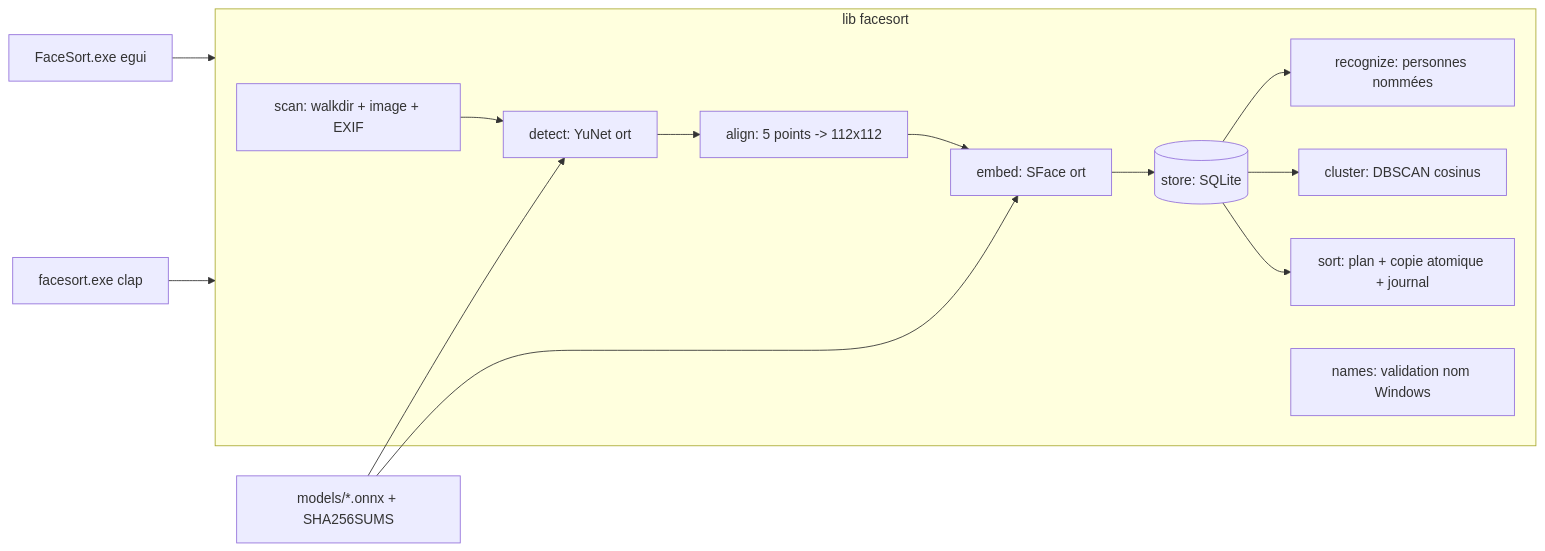
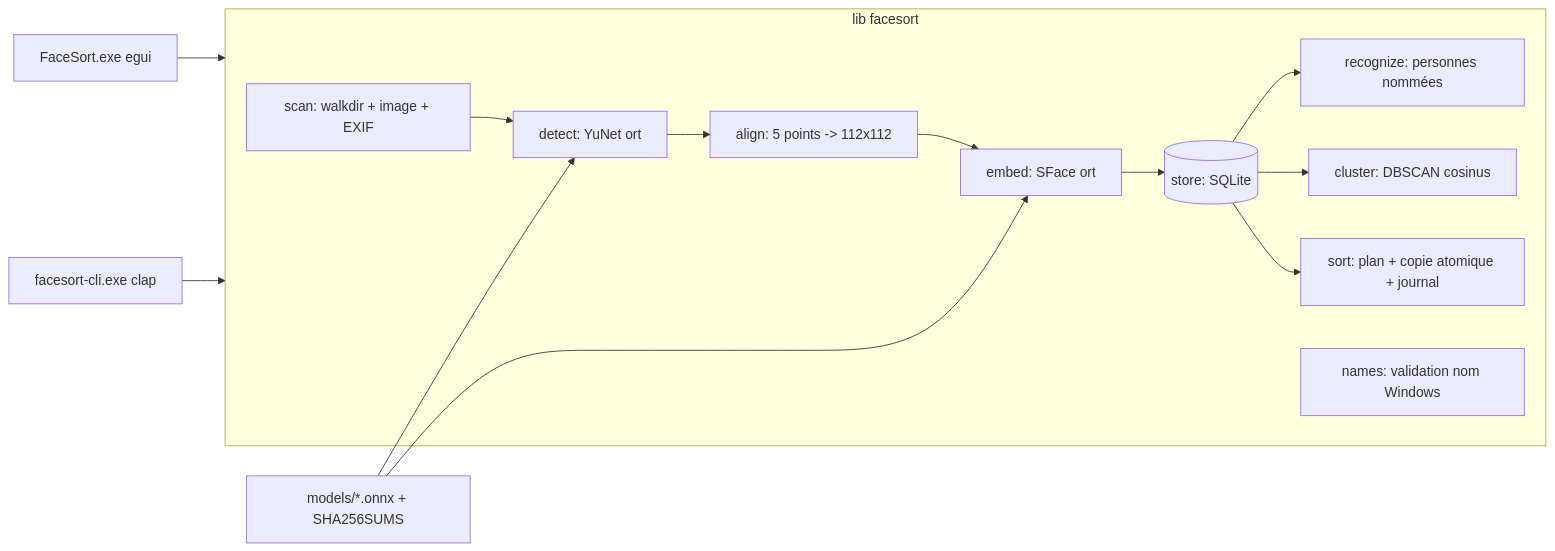
The diagram in product/TECHNICAL_ARCHITECTURE.md (Les-Doubles-A/FaceSort), drawn with Mermaid before and after one commit. The commit also changed other lines of this file and 14 other files, not shown here.

````diff
--- a/product/TECHNICAL_ARCHITECTURE.md
+++ b/product/TECHNICAL_ARCHITECTURE.md
@@ -25,17 +25,17 @@
 ```mermaid
 flowchart LR
   GUI[FaceSort.exe egui] --> LIB
-  CLI[facesort.exe clap] --> LIB
+  CLI[facesort-cli.exe clap] --> LIB
   subgraph LIB[lib facesort]
     SCAN[scan: walkdir + image + EXIF] --> DET[detect: YuNet ort]
     DET --> ALIGN[align: 5 points -> 112x112]
     ALIGN --> EMB[embed: SFace ort]
     EMB --> DB[(store: SQLite)]
     DB --> REC[recognize: personnes nommées]
     DB --> CLU[cluster: DBSCAN cosinus]
     DB --> SORT[sort: plan + copie atomique + journal]
     NAMES[names: validation nom Windows]
   end
   MODELS[models/*.onnx + SHA256SUMS] --> DET
   MODELS --> EMB
 ```
````
